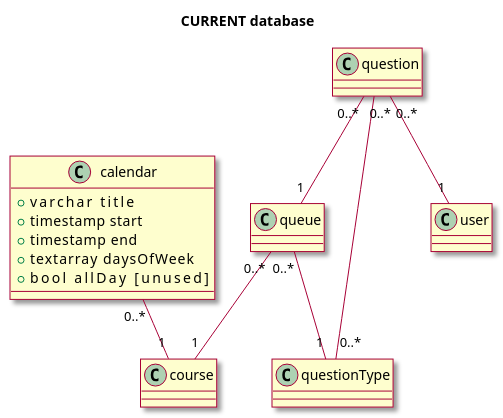
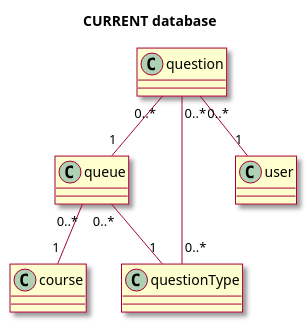
One commit to ubco-db/helpme changed the diagram in docs/plantuml_diagrams/old_database.wsd. Above: the diagram before and after it, drawn with PlantUML. The commit also changed 22 other files, not shown here.

```diff
--- a/docs/plantuml_diagrams/old_database.wsd
+++ b/docs/plantuml_diagrams/old_database.wsd
@@ -1,34 +1,25 @@
 @startuml
 
 skin rose
 
 title CURRENT database
 
 
 class queue {
 }
 
 class course
 
 class questionType 
 class question 
 class user
 
-class calendar {
-  +varchar        title
-  +timestamp   start 
-  +timestamp   end
-  +textarray      daysOfWeek
-  +bool             allDay [unused]
-}
 
-class course
 
 
 queue "0..*" -- "1" course
 question "0..*" -- "1" queue
 question "0..*" -- "1" user
-calendar "0..*" -- "1" course
 question "0..*" -- "0..*" questionType
 queue "0..*" -- "1" questionType
 @enduml
```
